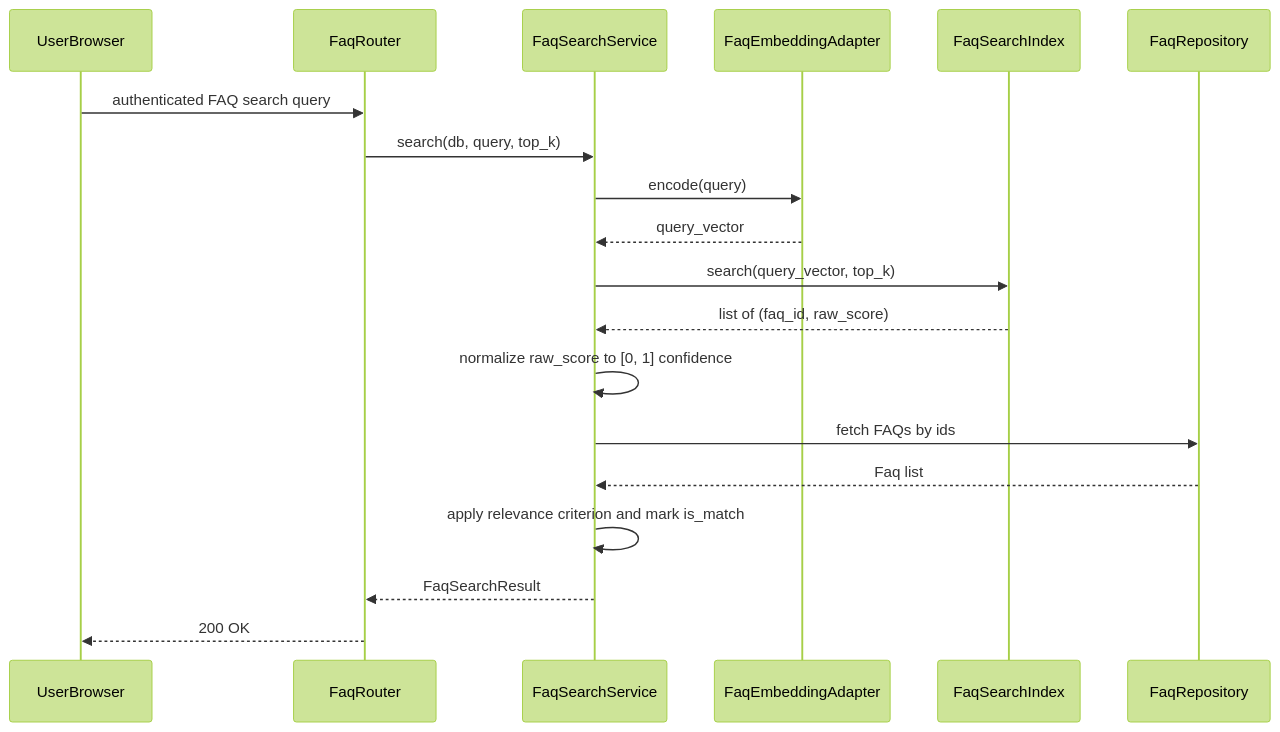
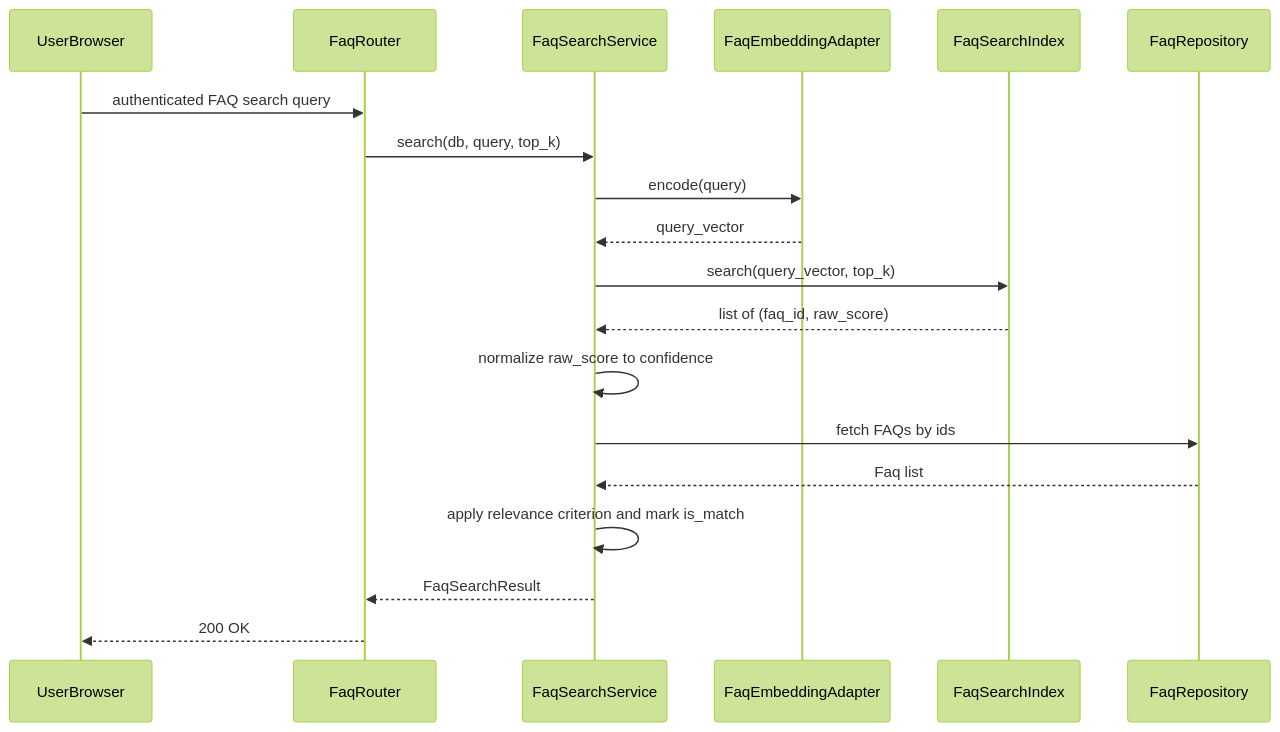
Before and after one commit to iwamuratakashi/cc-sdd-workshop-team7-helpo: the third of 3 diagrams in .kiro/specs/faq-management-and-search/design.md, drawn with Mermaid (forest theme). The commit also changed other lines of this file and 5 other files, not shown here.

````diff
--- a/.kiro/specs/faq-management-and-search/design.md
+++ b/.kiro/specs/faq-management-and-search/design.md
@@ -308,21 +186,21 @@
 ```mermaid
 sequenceDiagram
     participant UserBrowser
     participant FaqRouter
     participant FaqSearchService
     participant FaqEmbeddingAdapter
     participant FaqSearchIndex
     participant FaqRepository
     UserBrowser->>FaqRouter: authenticated FAQ search query
     FaqRouter->>FaqSearchService: search(db, query, top_k)
     FaqSearchService->>FaqEmbeddingAdapter: encode(query)
     FaqEmbeddingAdapter-->>FaqSearchService: query_vector
     FaqSearchService->>FaqSearchIndex: search(query_vector, top_k)
     FaqSearchIndex-->>FaqSearchService: list of (faq_id, raw_score)
-    FaqSearchService->>FaqSearchService: normalize raw_score to [0, 1] confidence
+    FaqSearchService->>FaqSearchService: normalize raw_score to confidence
     FaqSearchService->>FaqRepository: fetch FAQs by ids
     FaqRepository-->>FaqSearchService: Faq list
     FaqSearchService->>FaqSearchService: apply relevance criterion and mark is_match
     FaqSearchService-->>FaqRouter: FaqSearchResult
     FaqRouter-->>UserBrowser: 200 OK
 ```
````
